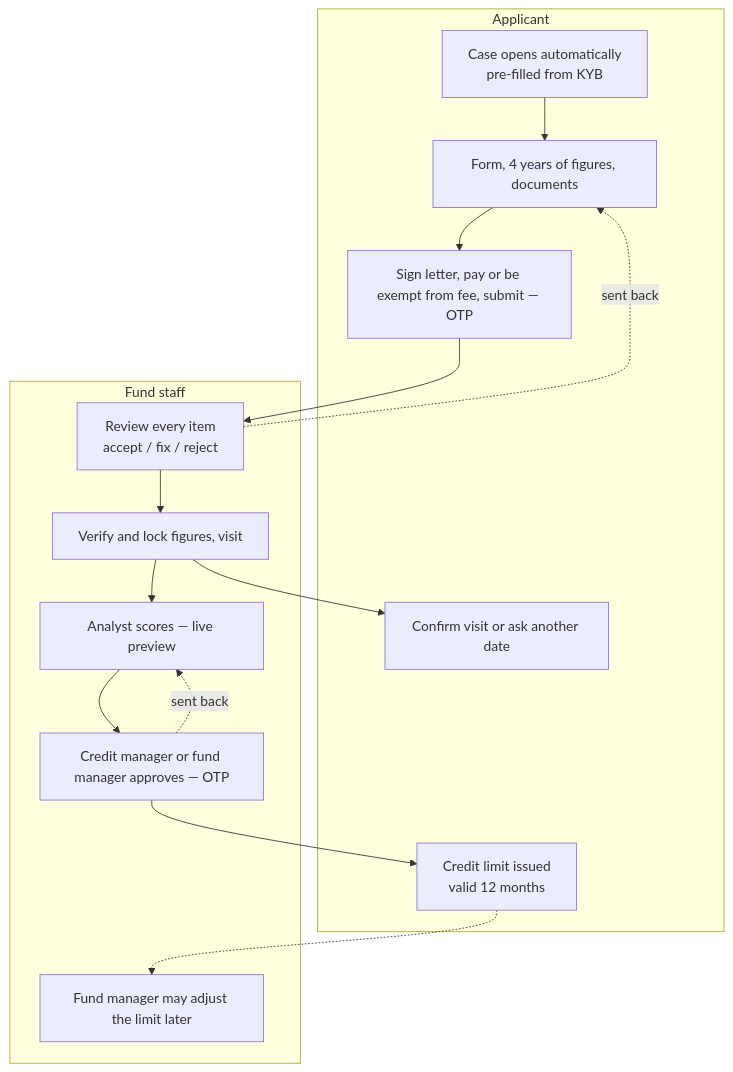
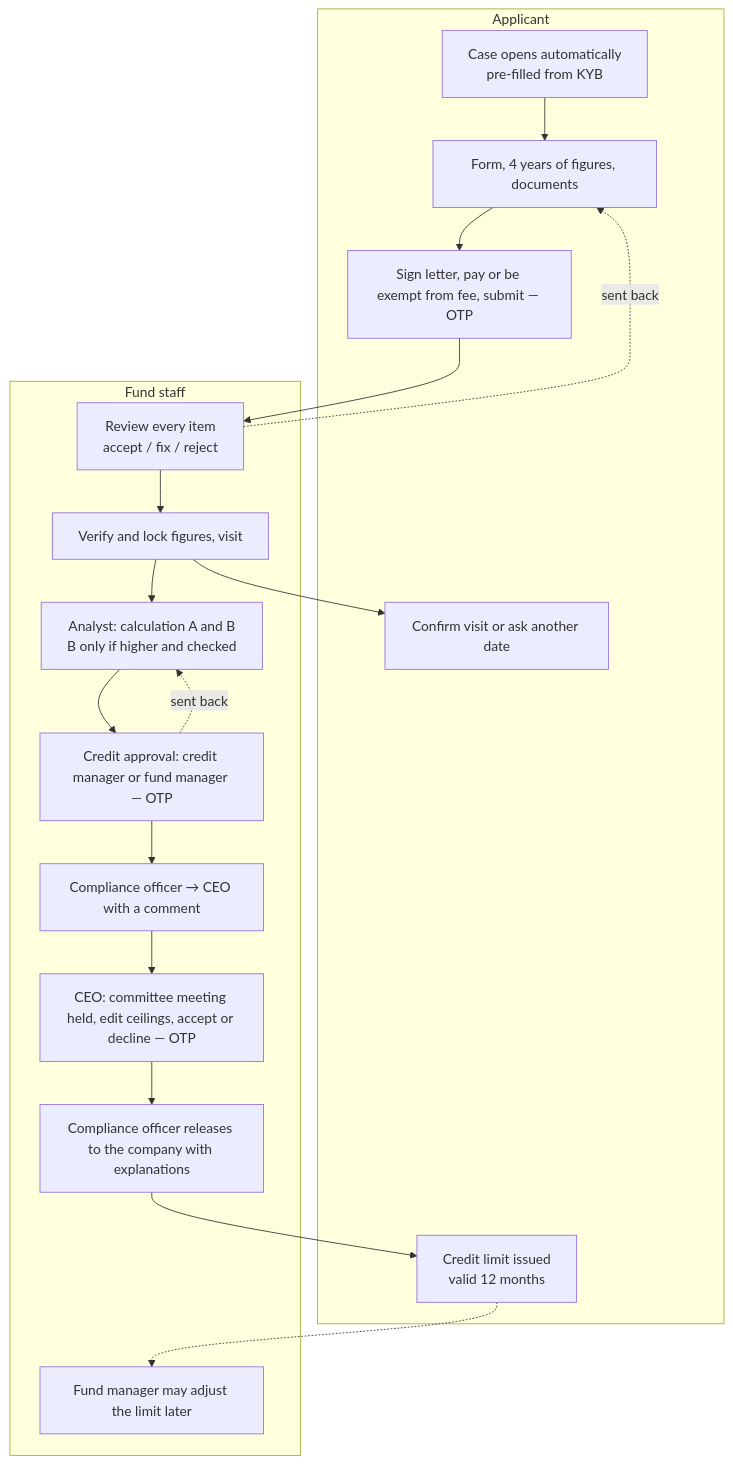
The second of 4 diagrams in docs/plan/08-user-stories.md (SaKhajeh/tokenization-platform), drawn with Mermaid before and after one commit. The commit also changed other lines of this file and 21 other files, not shown here.

````diff
--- a/docs/plan/08-user-stories.md
+++ b/docs/plan/08-user-stories.md
@@ -58,21 +58,24 @@
 ```mermaid
 flowchart TD
   subgraph Applicant
     A1[Case opens automatically<br/>pre-filled from KYB] --> A2[Form, 4 years of figures, documents]
     A2 --> A3[Sign letter, pay or be exempt from fee, submit — OTP]
     A4[Confirm visit or ask another date]
     A5[Credit limit issued<br/>valid 12 months]
   end
   subgraph Fund staff
     S1[Review every item<br/>accept / fix / reject] --> S2[Verify and lock figures, visit]
-    S2 --> S3[Analyst scores — live preview]
-    S3 --> S4[Credit manager or fund manager approves — OTP]
+    S2 --> S3[Analyst: calculation A and B<br/>B only if higher and checked]
+    S3 --> S4[Credit approval: credit manager or fund manager — OTP]
+    S4 --> S6[Compliance officer → CEO with a comment]
+    S6 --> S7[CEO: committee meeting held, edit ceilings, accept or decline — OTP]
+    S7 --> S8[Compliance officer releases to the company with explanations]
     S5[Fund manager may adjust the limit later]
   end
   A3 --> S1
   S1 -. sent back .-> A2
   S2 --> A4
   S4 -. sent back .-> S3
-  S4 --> A5
+  S8 --> A5
   A5 -.-> S5
 ```
````
